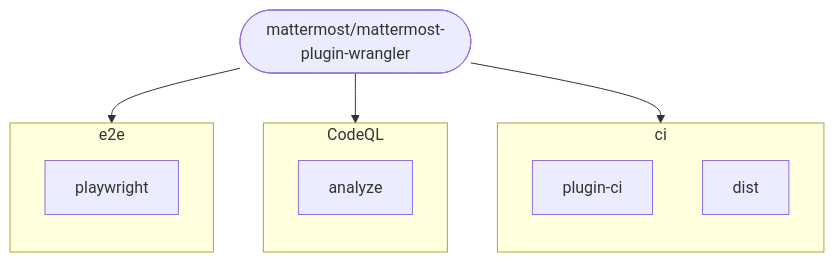
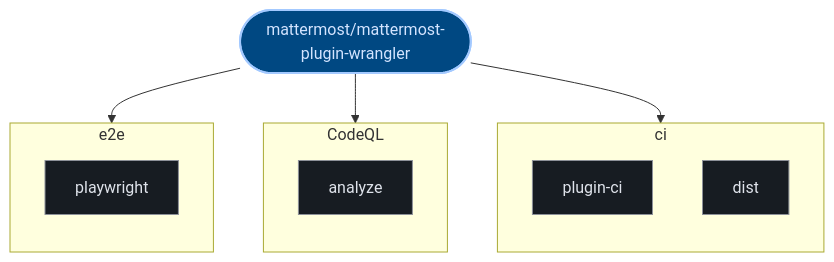
Before and after one commit to kumarshaz/atruss-code-atlas: the third of 3 diagrams in exports/latest/reports/mattermost-mattermost-plugin-wrangler-report.md, drawn with Mermaid. The commit also changed other lines of this file and 331 other files, not shown here.

Commit message:
docs,ui,fix: update SDLC docs, reorder CI/CD DAG first, stylize Mermaid, and fix Arc42 pipeline topology

````diff
--- a/exports/latest/reports/mattermost-mattermost-plugin-wrangler-report.md
+++ b/exports/latest/reports/mattermost-mattermost-plugin-wrangler-report.md
@@ -139,20 +150,27 @@
 ```mermaid
 graph TD;
-  pipeline_root(["mattermost/mattermost-plugin-wrangler"])
+  classDef atlasRoot fill:#004882,stroke:#a3c9ff,stroke-width:2px,color:#d3e4ff
+  classDef atlasCategory fill:#212428,stroke:#E87A48,stroke-width:1.5px,color:#dfe3eb
+  classDef atlasWorkflow fill:#1b2026,stroke:#a3c9ff,stroke-width:1.5px,color:#dfe3eb
+  classDef atlasJob fill:#171c22,stroke:#8d9199,stroke-width:1px,color:#dfe3eb
+  classDef atlasTarget fill:#005227,stroke:#8bd99b,stroke-width:1.5px,color:#a7f6b6
+  classDef atlasAlert fill:#93000a,stroke:#ffb4ab,stroke-width:1.5px,color:#ffdad6
+  classDef atlasMore fill:#252a31,stroke:#8d9199,stroke-dasharray:4 4,color:#c3c6cf
+  pipeline_root(["mattermost/mattermost-plugin-wrangler"]):::atlasRoot
   subgraph ci_0["ci"]
     direction TB
-    0_plugin_ci["plugin-ci"]
-    0_dist["dist"]
+    0_plugin_ci["plugin-ci"]:::atlasJob
+    0_dist["dist"]:::atlasJob
   end
   pipeline_root --> 0_plugin_ci
   subgraph CodeQL_1["CodeQL"]
     direction TB
-    1_analyze["analyze"]
+    1_analyze["analyze"]:::atlasJob
   end
   pipeline_root --> 1_analyze
   subgraph e2e_2["e2e"]
     direction TB
-    2_playwright["playwright"]
+    2_playwright["playwright"]:::atlasJob
   end
   pipeline_root --> 2_playwright
 ```
````
